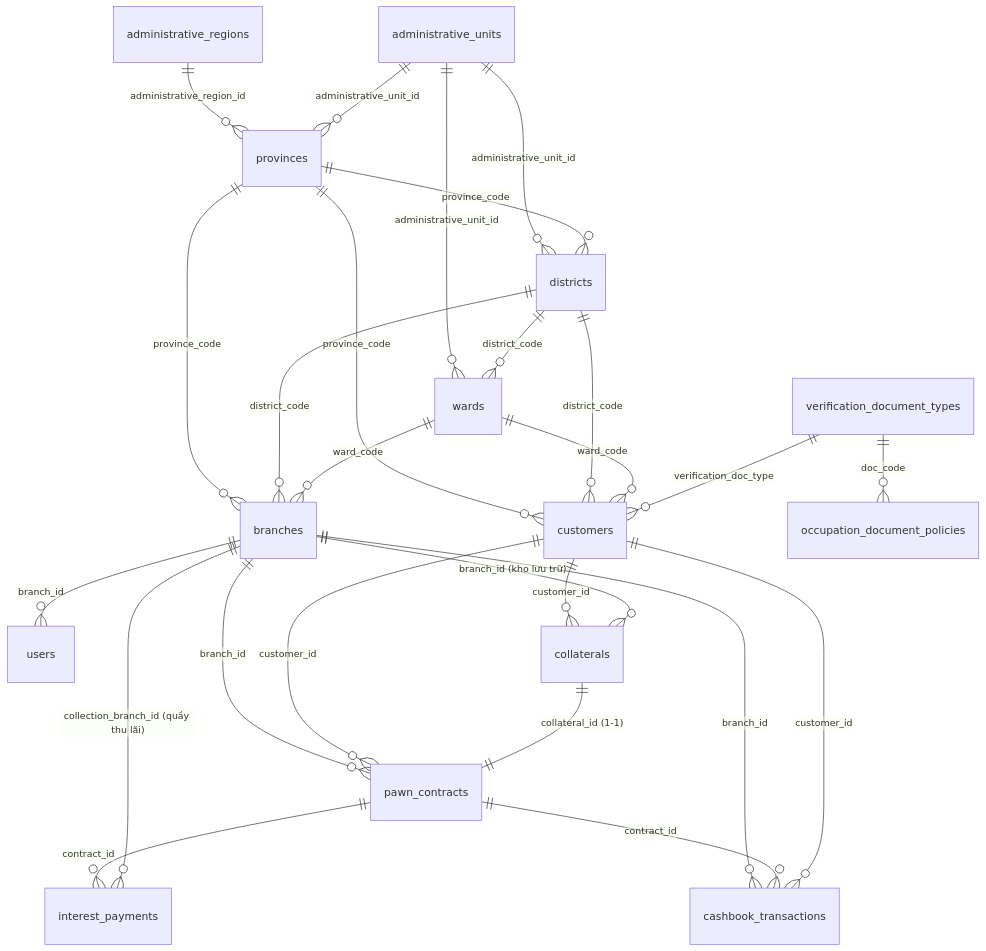
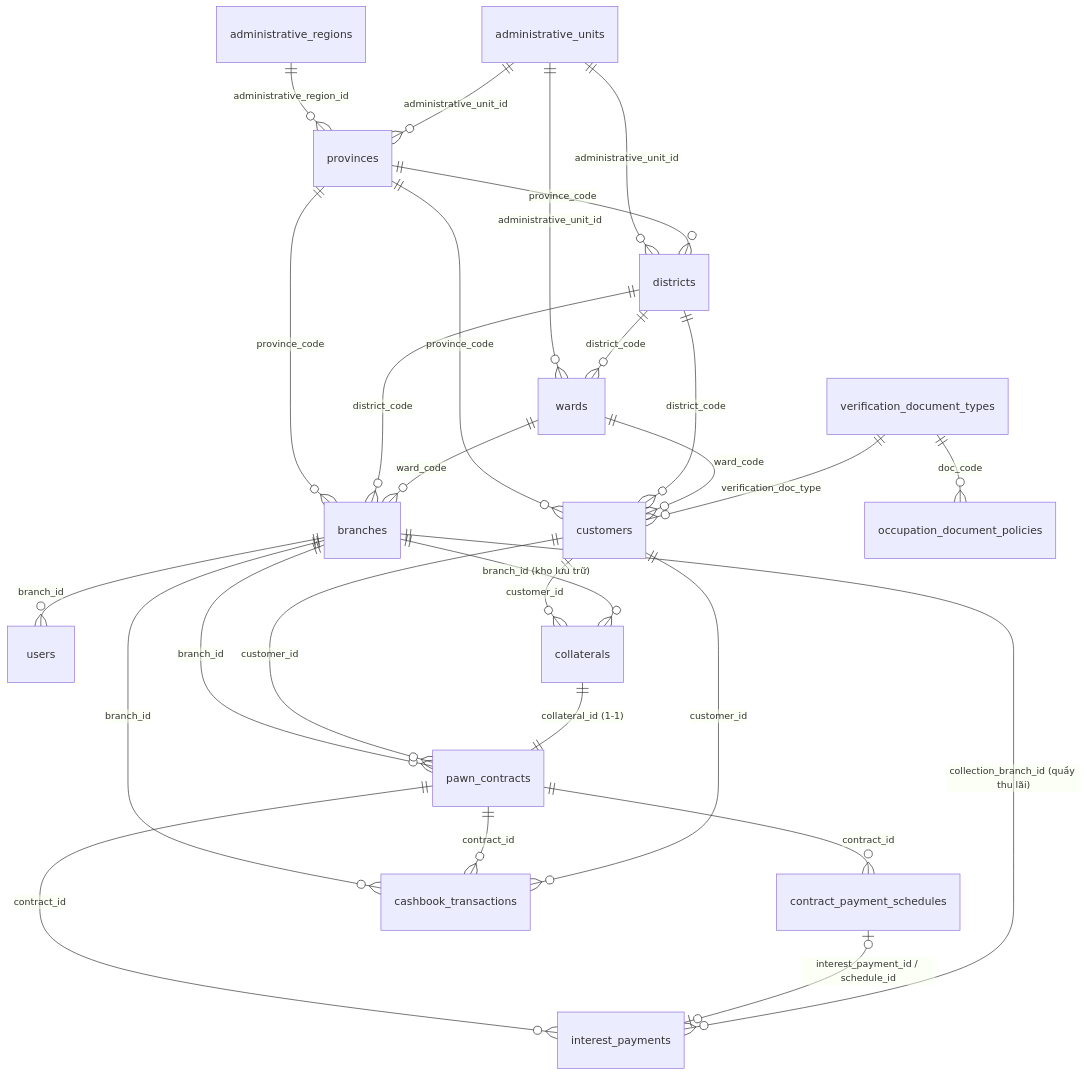
Before and after one commit to locgacui/PawnMaster: the diagram in docs/DATABASE_SPECIFICATION.md, drawn with Mermaid. The commit also changed other lines of this file and 22 other files, not shown here.

First line of the commit message:
feat(contract,db,ui): persist periodic payment schedules and lifecycle recalculation

````diff
--- a/docs/DATABASE_SPECIFICATION.md
+++ b/docs/DATABASE_SPECIFICATION.md
@@ -41,33 +42,35 @@
 ```mermaid
 erDiagram
     administrative_regions ||--o{ provinces : "administrative_region_id"
     administrative_units ||--o{ provinces : "administrative_unit_id"
     administrative_units ||--o{ districts : "administrative_unit_id"
     administrative_units ||--o{ wards : "administrative_unit_id"
     provinces ||--o{ districts : "province_code"
     districts ||--o{ wards : "district_code"
 
     provinces ||--o{ branches : "province_code"
     districts ||--o{ branches : "district_code"
     wards ||--o{ branches : "ward_code"
 
     branches ||--o{ users : "branch_id"
     provinces ||--o{ customers : "province_code"
     districts ||--o{ customers : "district_code"
     wards ||--o{ customers : "ward_code"
     verification_document_types ||--o{ customers : "verification_doc_type"
     verification_document_types ||--o{ occupation_document_policies : "doc_code"
 
     customers ||--o{ collaterals : "customer_id"
     branches ||--o{ collaterals : "branch_id (kho lưu trữ)"
 
     branches ||--o{ pawn_contracts : "branch_id"
     customers ||--o{ pawn_contracts : "customer_id"
     collaterals ||--|| pawn_contracts : "collateral_id (1-1)"
 
     pawn_contracts ||--o{ interest_payments : "contract_id"
+    pawn_contracts ||--o{ contract_payment_schedules : "contract_id"
+    contract_payment_schedules o|--o| interest_payments : "interest_payment_id / schedule_id"
     branches ||--o{ interest_payments : "collection_branch_id (quầy thu lãi)"
     branches ||--o{ cashbook_transactions : "branch_id"
     pawn_contracts ||--o{ cashbook_transactions : "contract_id"
     customers ||--o{ cashbook_transactions : "customer_id"
 ```
````
